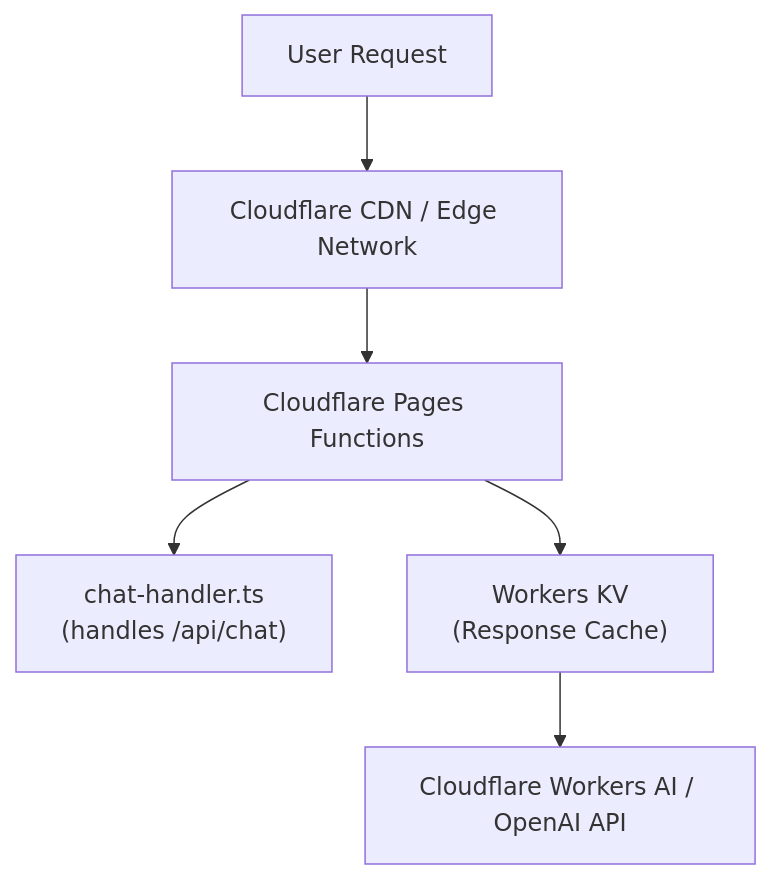
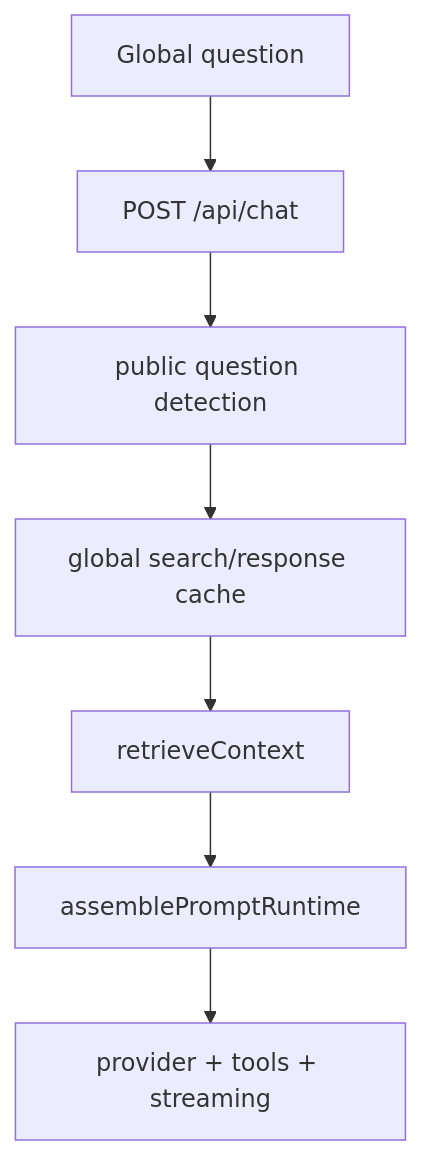
One commit to souloss/astro-minblog changed the tenth of 11 diagrams in apps/blog/src/data/blog/en/ai-module-architecture.md. Above: the diagram before and after it, drawn with Mermaid. The commit also changed other lines of this file, not shown here.

First line of the commit message:
docs(blog): rewrite English AI architecture deep dive

````diff
--- a/apps/blog/src/data/blog/en/ai-module-architecture.md
+++ b/apps/blog/src/data/blog/en/ai-module-architecture.md
@@ -1103,8 +654,9 @@
 ```mermaid
 flowchart TB
-    A["User Request"] --> B["Cloudflare CDN / Edge Network"]
-    B --> C["Cloudflare Pages Functions"]
-    C --> D["chat-handler.ts<br/>(handles /api/chat)"]
-    C --> E["Workers KV<br/>(Response Cache)"]
-    E --> F["Cloudflare Workers AI / OpenAI API"]
+    A["Global question"] --> B["POST /api/chat"]
+    B --> C["public question detection"]
+    C --> D["global search/response cache"]
+    D --> E["retrieveContext"]
+    E --> F["assemblePromptRuntime"]
+    F --> G["provider + tools + streaming"]
 ```
````
